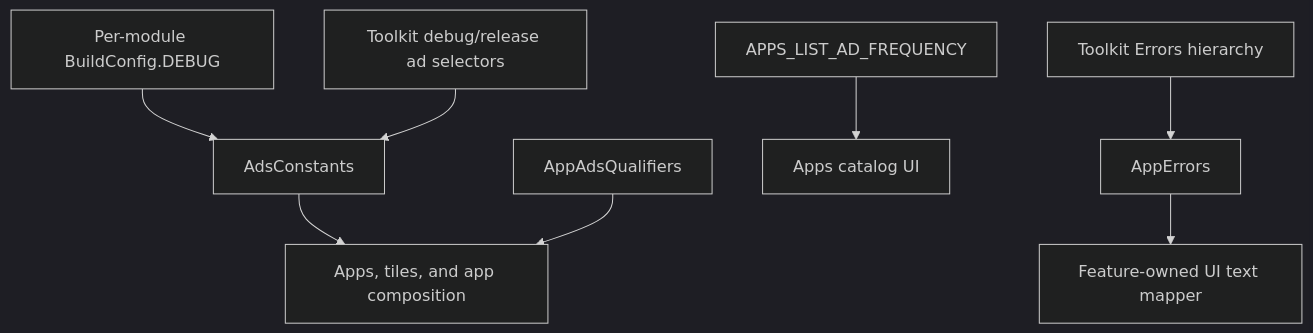
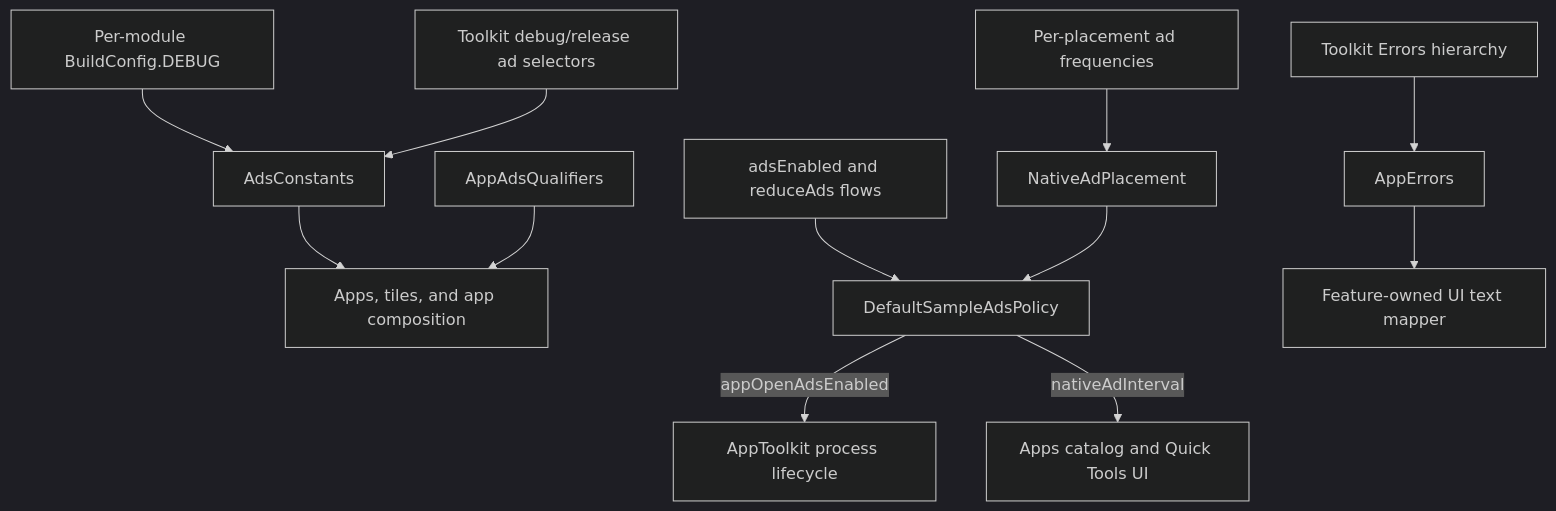
Before and after one commit to MihaiCristianCondrea/App-Toolkit-for-Android: the diagram in sample/core/common/README.md, drawn with Mermaid (dark theme). The commit also changed other lines of this file and 53 other files, not shown here.

First line of the commit message:
Replace the display-ads switch with a Reduce ads preference

````diff
--- a/sample/core/common/README.md
+++ b/sample/core/common/README.md
@@ -31,10 +39,14 @@
 ```mermaid
 flowchart TD
     Build[Per-module BuildConfig.DEBUG] --> Ads[AdsConstants]
     ToolkitIds[Toolkit debug/release ad selectors] --> Ads
     Ads --> Features[Apps, tiles, and app composition]
     Qualifiers[AppAdsQualifiers] --> Features
-    Tuning[APPS_LIST_AD_FREQUENCY] --> Apps[Apps catalog UI]
+    Tuning[Per-placement ad frequencies] --> Placement[NativeAdPlacement]
+    Prefs[adsEnabled and reduceAds flows] --> Policy[DefaultSampleAdsPolicy]
+    Placement --> Policy
+    Policy -->|appOpenAdsEnabled| AppOpen[AppToolkit process lifecycle]
+    Policy -->|nativeAdInterval| Lists[Apps catalog and Quick Tools UI]
     Network[Toolkit Errors hierarchy] --> Errors[AppErrors]
     Errors --> Mapper[Feature-owned UI text mapper]
 ```
````
